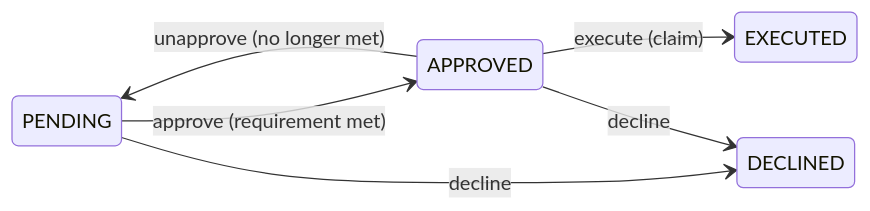
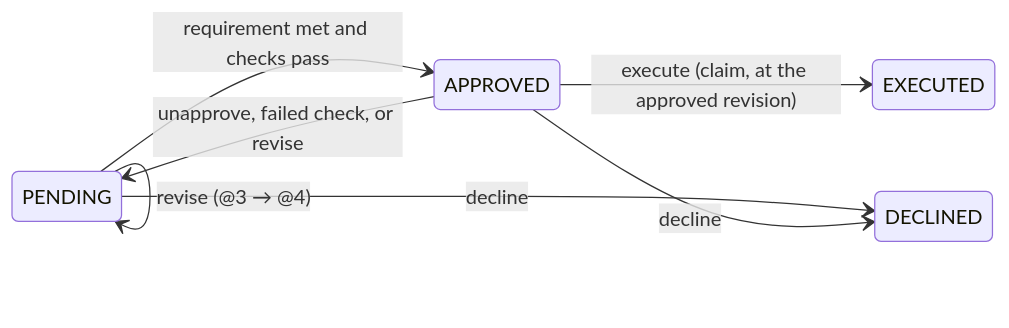
The diagram in docs/approvals.md (traviscj/tlc), drawn with Mermaid before and after one commit. The commit also changed other lines of this file and 5 other files, not shown here.

````diff
--- a/docs/approvals.md
+++ b/docs/approvals.md
@@ -5,9 +11,10 @@
 ```mermaid
 stateDiagram-v2
   direction LR
-  PENDING --> APPROVED: approve (requirement met)
-  APPROVED --> PENDING: unapprove (no longer met)
-  APPROVED --> EXECUTED: execute (claim)
+  PENDING --> APPROVED: requirement met and checks pass
+  APPROVED --> PENDING: unapprove, failed check, or revise
+  PENDING --> PENDING: revise (@3 → @4)
+  APPROVED --> EXECUTED: execute (claim, at the approved revision)
   PENDING --> DECLINED: decline
   APPROVED --> DECLINED: decline
 ```
````
